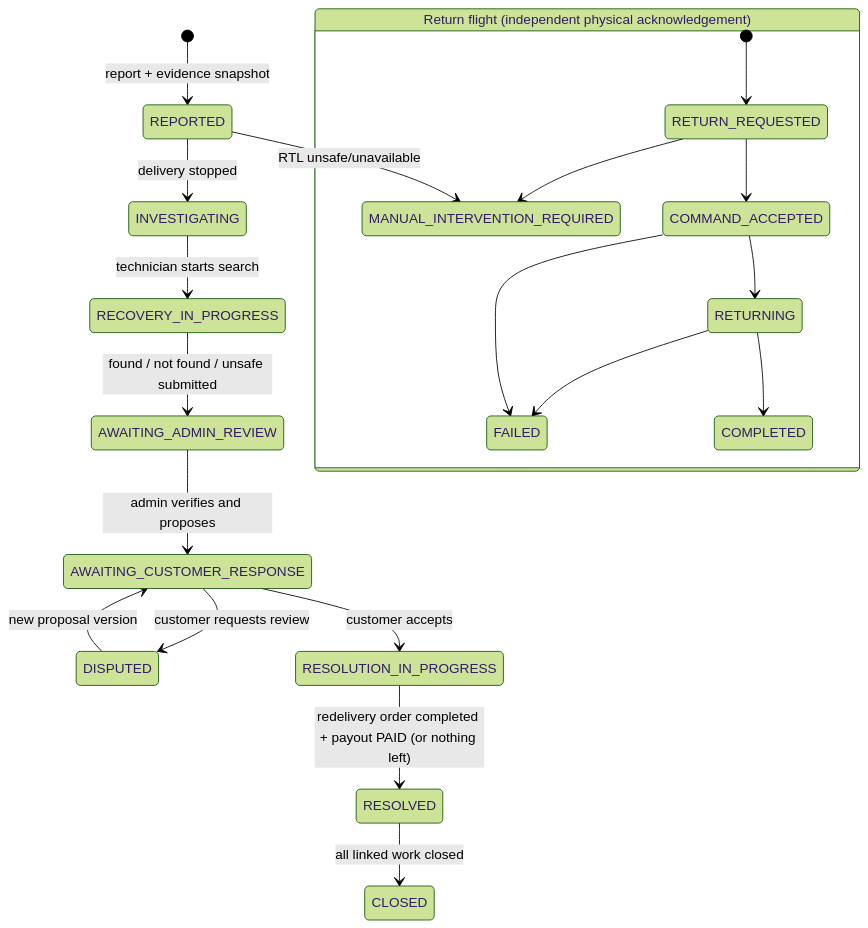
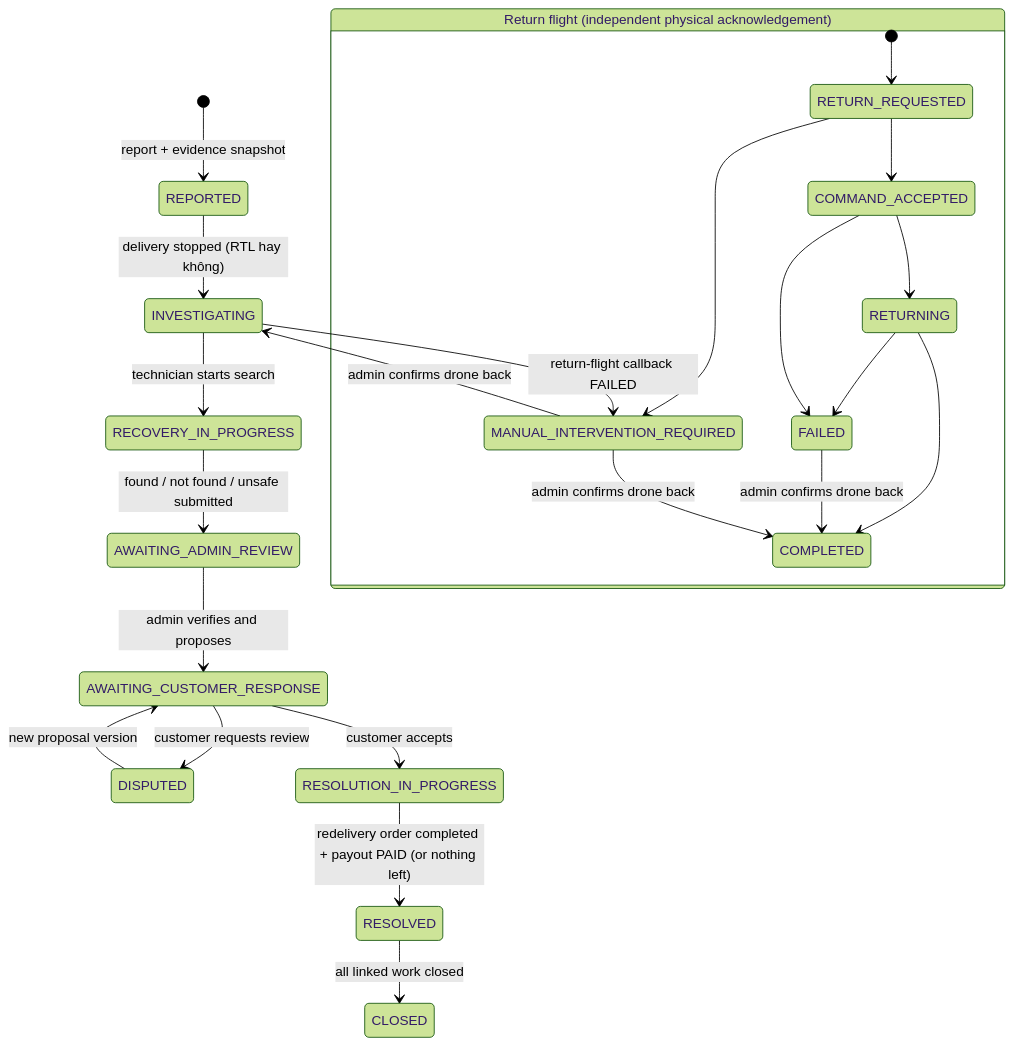
One commit to LockR-Tech/docs changed the diagram in diagrams/src/drone-parcel-incident.mmd. Above: the diagram before and after it, drawn with Mermaid (forest theme). The commit also changed 10 other files, not shown here.

First line of the commit message:
fix: Update drone parcel drop incident handling and notification system

```diff
--- a/diagrams/src/drone-parcel-incident.mmd
+++ b/diagrams/src/drone-parcel-incident.mmd
@@ -1,30 +1,35 @@
 %% @title Sự cố rơi kiện Drone
-%% @subtitle Nguồn: order-service/DroneParcelIncidentService · cập nhật 2026-10-29
+%% @subtitle Nguồn: order-service/DroneParcelIncidentService · cập nhật 2026-10-30
 %% @orientation portrait
 %% @legend <span class="sw ok"></span>Transition đã validate ở backend
 %% @legend <span class="sw gap"></span>Tích hợp vật lý/payment còn cần adapter thật
 %% @note Return flight là state machine độc lập: gọi API không được coi là drone đã về Hub.
 %% @note Chi bồi thường: phiếu RF-CMP ở PROCESSING; admin duyệt / từ chối phiếu ⇒ payment-service báo PAID / PAYMENT_FAILED.
 %% @note RESOLVED tự động khi không còn giao lại hay chi trả dở — kể cả thoả thuận riêng không có việc qua hệ thống.
+%% @note Drone không nhận lệnh quay về chỉ đổi Return flight (MANUAL_INTERVENTION_REQUIRED); sự cố vẫn INVESTIGATING. Admin xác nhận drone đã về ⇒ COMPLETED.
+%% @note Báo rơi, gửi phương án, khách đồng ý ⇒ thư cho người gửi (và người nhận khi drone đã phóng).
 stateDiagram-v2
     [*] --> REPORTED: report + evidence snapshot
-    REPORTED --> INVESTIGATING: delivery stopped
-    REPORTED --> MANUAL_INTERVENTION_REQUIRED: RTL unsafe/unavailable
+    REPORTED --> INVESTIGATING: delivery stopped (RTL hay không)
+    INVESTIGATING --> MANUAL_INTERVENTION_REQUIRED: return-flight callback FAILED
+    MANUAL_INTERVENTION_REQUIRED --> INVESTIGATING: admin confirms drone back
     INVESTIGATING --> RECOVERY_IN_PROGRESS: technician starts search
     RECOVERY_IN_PROGRESS --> AWAITING_ADMIN_REVIEW: found / not found / unsafe submitted
     AWAITING_ADMIN_REVIEW --> AWAITING_CUSTOMER_RESPONSE: admin verifies and proposes
     AWAITING_CUSTOMER_RESPONSE --> RESOLUTION_IN_PROGRESS: customer accepts
     AWAITING_CUSTOMER_RESPONSE --> DISPUTED: customer requests review
     DISPUTED --> AWAITING_CUSTOMER_RESPONSE: new proposal version
     RESOLUTION_IN_PROGRESS --> RESOLVED: redelivery order completed + payout PAID (or nothing left)
     RESOLVED --> CLOSED: all linked work closed
 
     state "Return flight (independent physical acknowledgement)" as ReturnFlight {
         [*] --> RETURN_REQUESTED
         RETURN_REQUESTED --> COMMAND_ACCEPTED
         COMMAND_ACCEPTED --> RETURNING
         RETURNING --> COMPLETED
         RETURN_REQUESTED --> MANUAL_INTERVENTION_REQUIRED
         COMMAND_ACCEPTED --> FAILED
         RETURNING --> FAILED
+        MANUAL_INTERVENTION_REQUIRED --> COMPLETED: admin confirms drone back
+        FAILED --> COMPLETED: admin confirms drone back
     }
```
